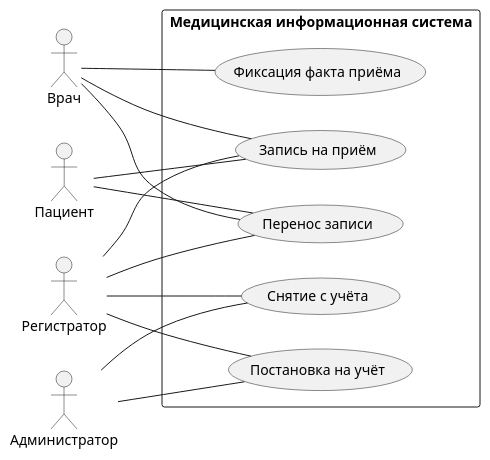
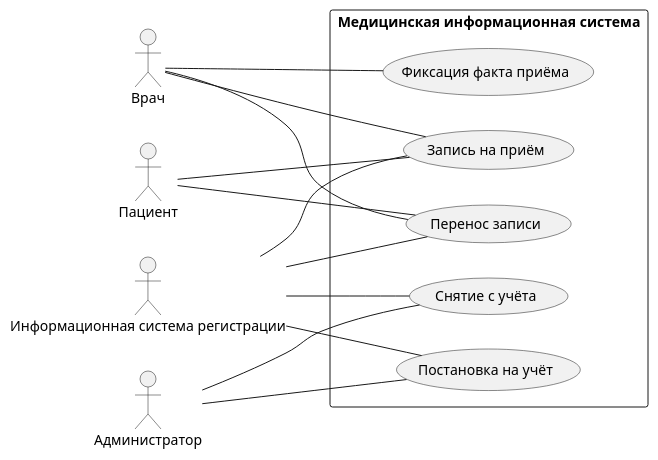
Before and after one commit to penamarth/bsbo-13-23_team3_var3_clinic: the diagram in use_case_diagram.puml, drawn with PlantUML.

Commit message:
Update use_case_diagram.puml
Регистратор уволен...

```diff
--- a/use_case_diagram.puml
+++ b/use_case_diagram.puml
@@ -1,36 +1,35 @@
-@startuml use_case_diagram
+@startuml
 left to right direction
 
 actor Пациент
-actor Регистратор
+actor "Информационная система регистрации"
 actor Врач
 actor Администратор
 
 rectangle "Медицинская информационная система" {
     usecase "Запись на приём" as BA
     usecase "Перенос записи" as RA
     usecase "Фиксация факта приёма" as RV
     usecase "Постановка на учёт" as RPR
     usecase "Снятие с учёта" as RMR
 }
 
 ' Patient interactions
 Пациент -- BA
 Пациент -- RA
 
-' Обязанности регистратора
-Регистратор -- BA
-Регистратор -- RA
-Регистратор -- RPR
-Регистратор -- RMR
+' Обязанности информационной системы регистрации
+"Информационная система регистрации" -- BA
+"Информационная система регистрации"-- RA
+"Информационная система регистрации"-- RPR
+"Информационная система регистрации"-- RMR
 
 ' Обязанности доктора
 Врач -- BA
 Врач -- RA
 Врач -- RV
 
 ' Обязанности администратора
 Администратор -- RPR
 Администратор -- RMR
-
 @enduml
```
